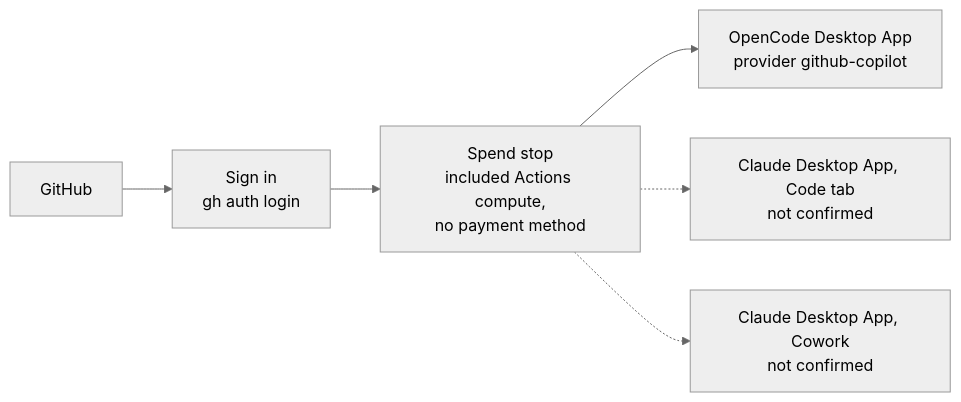
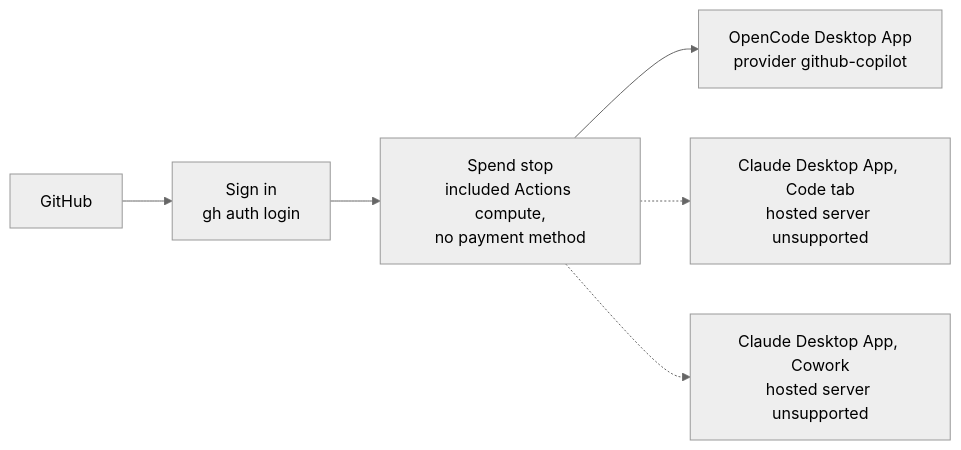
One commit to SoulCraft-Org/compute-crafter changed the diagram in guides/github.md. Above: the diagram before and after it, drawn with Mermaid (neutral theme). The commit also changed other lines of this file and 13 other files, not shown here.

````diff
--- a/guides/github.md
+++ b/guides/github.md
@@ -5,7 +5,7 @@
 ```mermaid
 flowchart LR
   P[GitHub] --> S[Sign in<br/>gh auth login] --> G[Spend stop<br/>included Actions compute,<br/>no payment method]
   G --> O[OpenCode Desktop App<br/>provider github-copilot]
-  G -.-> C[Claude Desktop App, Code tab<br/>not confirmed]
-  G -.-> W[Claude Desktop App, Cowork<br/>not confirmed]
+  G -.-> C[Claude Desktop App, Code tab<br/>hosted server unsupported]
+  G -.-> W[Claude Desktop App, Cowork<br/>hosted server unsupported]
 ```
````
